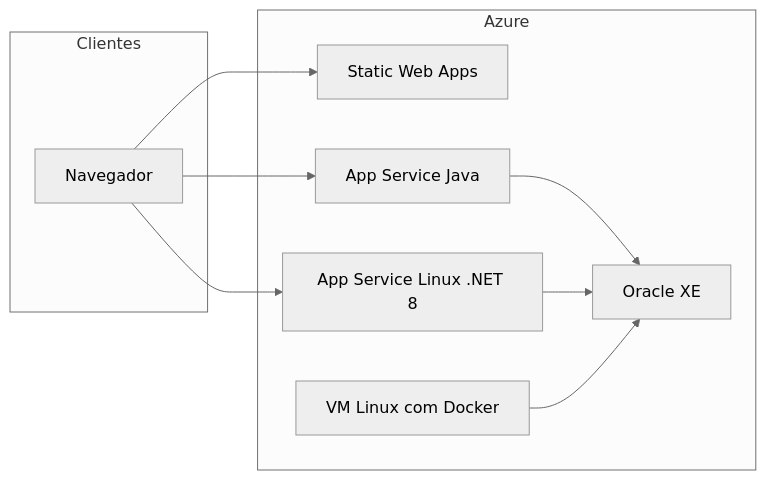
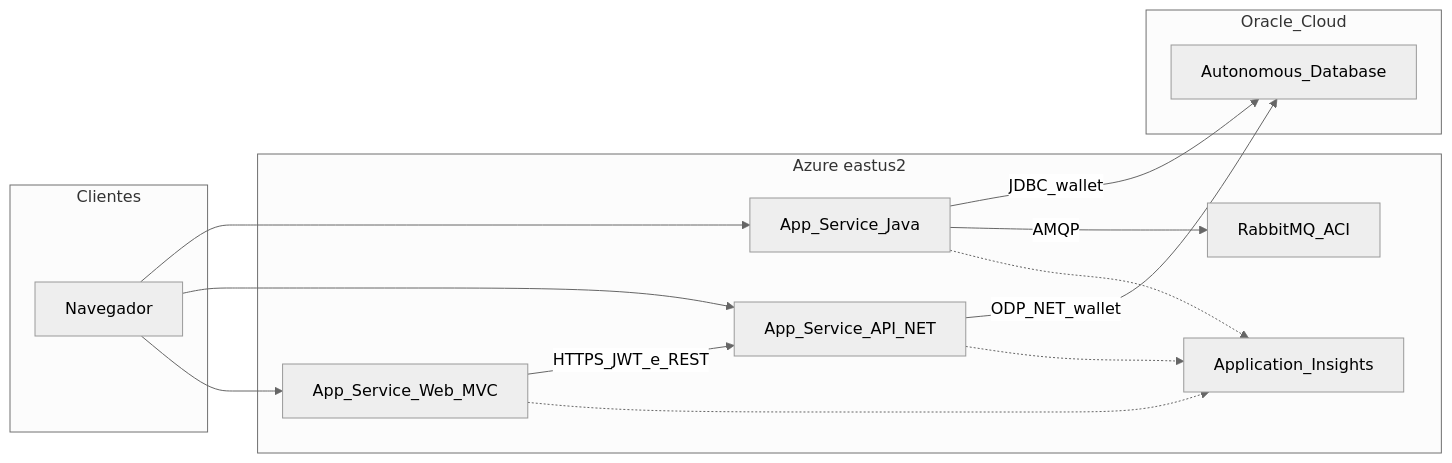
Before and after one commit to bmvck/SolarMetrics-DevOps: the diagram in README.md, drawn with Mermaid (neutral theme). The commit also changed other lines of this file and 131 other files, not shown here.

````diff
--- a/README.md
+++ b/README.md
@@ -17,19 +51,26 @@
 ```mermaid
 flowchart LR
-  subgraph clients [Clientes]
+  subgraph users [Clientes]
     Browser[Navegador]
   end
-  subgraph azure [Azure]
-    SWA[Static Web Apps]
-    AppJava[App Service Java]
-    AppNet[App Service Linux .NET 8]
-    VM[VM Linux com Docker]
-    Ora[Oracle XE]
+  subgraph azure [Azure eastus2]
+    AppJava[App_Service_Java]
+    AppApi[App_Service_API_NET]
+    AppWeb[App_Service_Web_MVC]
+    Aci[RabbitMQ_ACI]
+    Ai[Application_Insights]
   end
-  Browser --> SWA
+  subgraph oci [Oracle_Cloud]
+    Atp[Autonomous_Database]
+  end
   Browser --> AppJava
-  Browser --> AppNet
-  AppJava --> Ora
-  AppNet --> Ora
-  VM --> Ora
+  Browser --> AppApi
+  Browser --> AppWeb
+  AppWeb -->|HTTPS_JWT_e_REST| AppApi
+  AppJava -->|JDBC_wallet| Atp
+  AppApi -->|ODP_NET_wallet| Atp
+  AppJava -->|AMQP| Aci
+  AppJava -.-> Ai
+  AppApi -.-> Ai
+  AppWeb -.-> Ai
 ```
````
